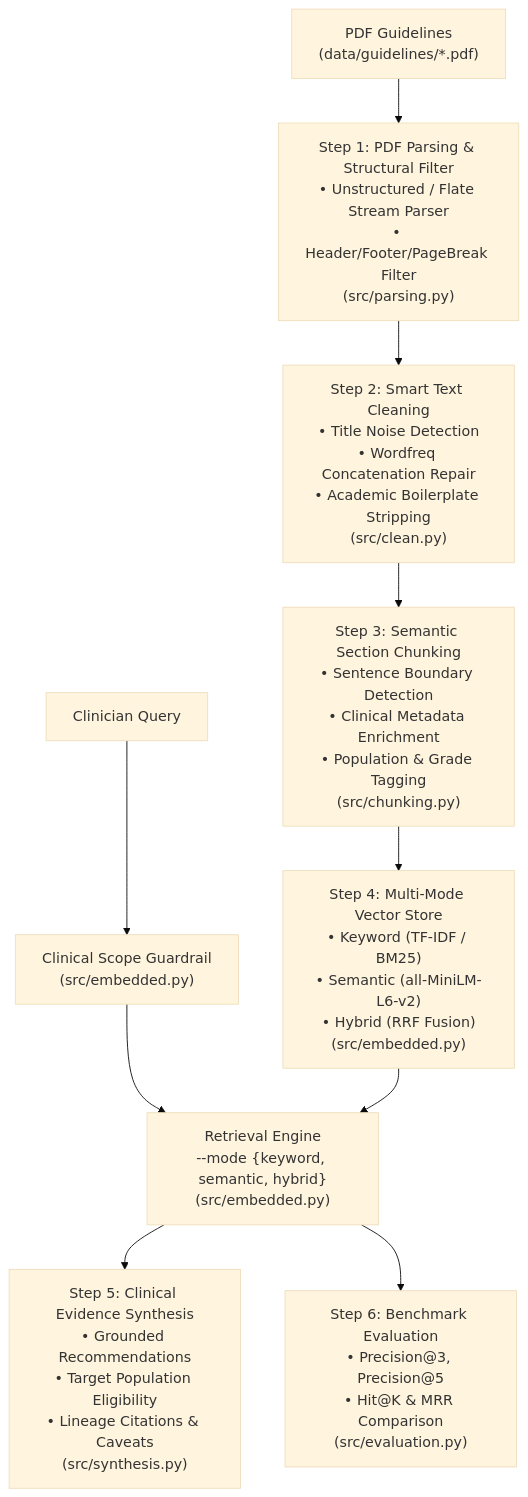
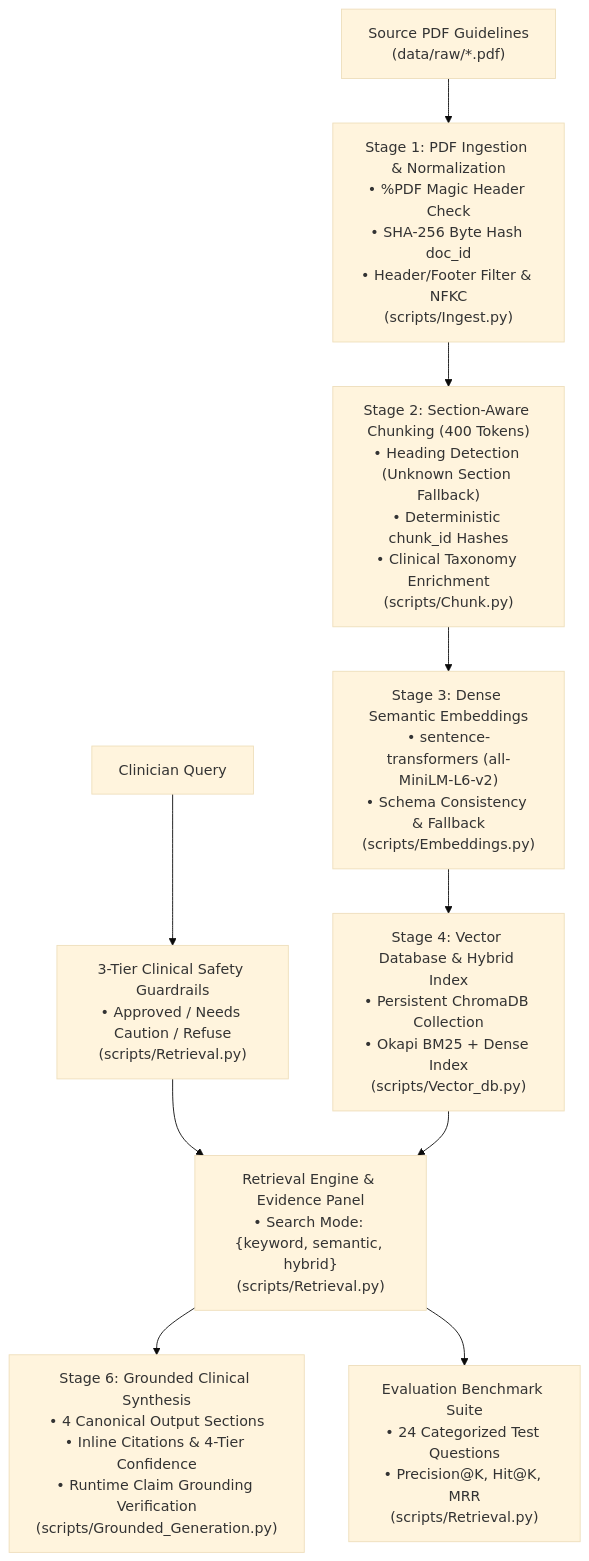
The diagram in README.md (Nada-Assem5/Osteoporosis_RAG), drawn with Mermaid (base theme) before and after one commit. The commit also changed other lines of this file and 53 other files, not shown here.

Commit message:
feat: implement RAG evaluation pipeline with custom retrieval, ingestion, and validation modules

````diff
--- a/README.md
+++ b/README.md
@@ -25,12 +22,12 @@
 ```mermaid
 graph TD
-    A["PDF Guidelines<br>(data/guidelines/*.pdf)"] --> B["Step 1: PDF Parsing & Structural Filter<br>• Unstructured / Flate Stream Parser<br>• Header/Footer/PageBreak Filter<br>(src/parsing.py)"]
-    B --> C["Step 2: Smart Text Cleaning<br>• Title Noise Detection<br>• Wordfreq Concatenation Repair<br>• Academic Boilerplate Stripping<br>(src/clean.py)"]
-    C --> D["Step 3: Semantic Section Chunking<br>• Sentence Boundary Detection<br>• Clinical Metadata Enrichment<br>• Population & Grade Tagging<br>(src/chunking.py)"]
-    D --> E["Step 4: Multi-Mode Vector Store<br>• Keyword (TF-IDF / BM25)<br>• Semantic (all-MiniLM-L6-v2)<br>• Hybrid (RRF Fusion)<br>(src/embedded.py)"]
-    F["Clinician Query"] --> G["Clinical Scope Guardrail<br>(src/embedded.py)"]
-    G --> H["Retrieval Engine<br>--mode {keyword, semantic, hybrid}<br>(src/embedded.py)"]
+    A["Source PDF Guidelines<br>(data/raw/*.pdf)"] --> B["Stage 1: PDF Ingestion & Normalization<br>• %PDF Magic Header Check<br>• SHA-256 Byte Hash doc_id<br>• Header/Footer Filter & NFKC<br>(scripts/Ingest.py)"]
+    B --> C["Stage 2: Section-Aware Chunking (400 Tokens)<br>• Heading Detection (Unknown Section Fallback)<br>• Deterministic chunk_id Hashes<br>• Clinical Taxonomy Enrichment<br>(scripts/Chunk.py)"]
+    C --> D["Stage 3: Dense Semantic Embeddings<br>• sentence-transformers (all-MiniLM-L6-v2)<br>• Schema Consistency & Fallback<br>(scripts/Embeddings.py)"]
+    D --> E["Stage 4: Vector Database & Hybrid Index<br>• Persistent ChromaDB Collection<br>• Okapi BM25 + Dense Index<br>(scripts/Vector_db.py)"]
+    F["Clinician Query"] --> G["3-Tier Clinical Safety Guardrails<br>• Approved / Needs Caution / Refuse<br>(scripts/Retrieval.py)"]
+    G --> H["Retrieval Engine & Evidence Panel<br>• Search Mode: {keyword, semantic, hybrid}<br>(scripts/Retrieval.py)"]
     E --> H
-    H --> I["Step 5: Clinical Evidence Synthesis<br>• Grounded Recommendations<br>• Target Population Eligibility<br>• Lineage Citations & Caveats<br>(src/synthesis.py)"]
-    H --> J["Step 6: Benchmark Evaluation<br>• Precision@3, Precision@5<br>• Hit@K & MRR Comparison<br>(src/evaluation.py)"]
+    H --> I["Stage 6: Grounded Clinical Synthesis<br>• 4 Canonical Output Sections<br>• Inline Citations & 4-Tier Confidence<br>• Runtime Claim Grounding Verification<br>(scripts/Grounded_Generation.py)"]
+    H --> J["Evaluation Benchmark Suite<br>• 24 Categorized Test Questions<br>• Precision@K, Hit@K, MRR<br>(scripts/Retrieval.py)"]
 ```
````
